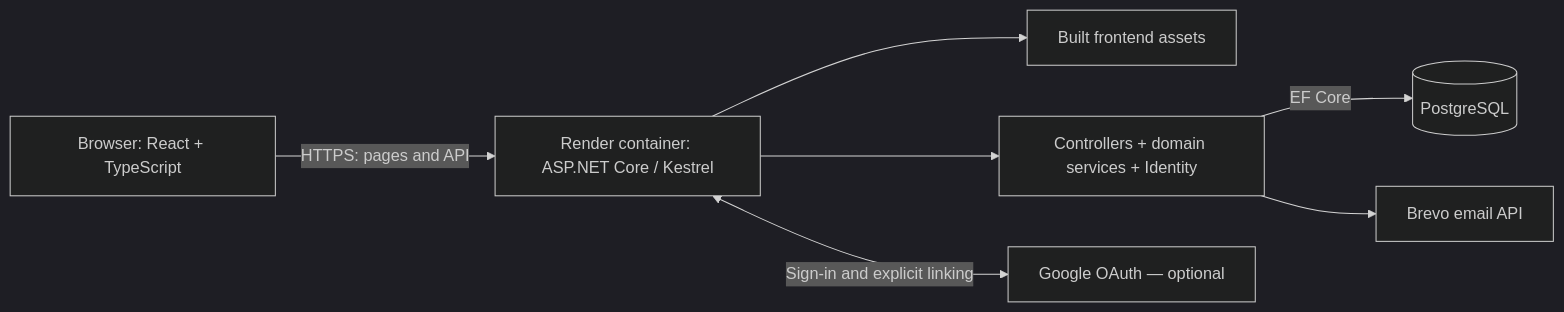
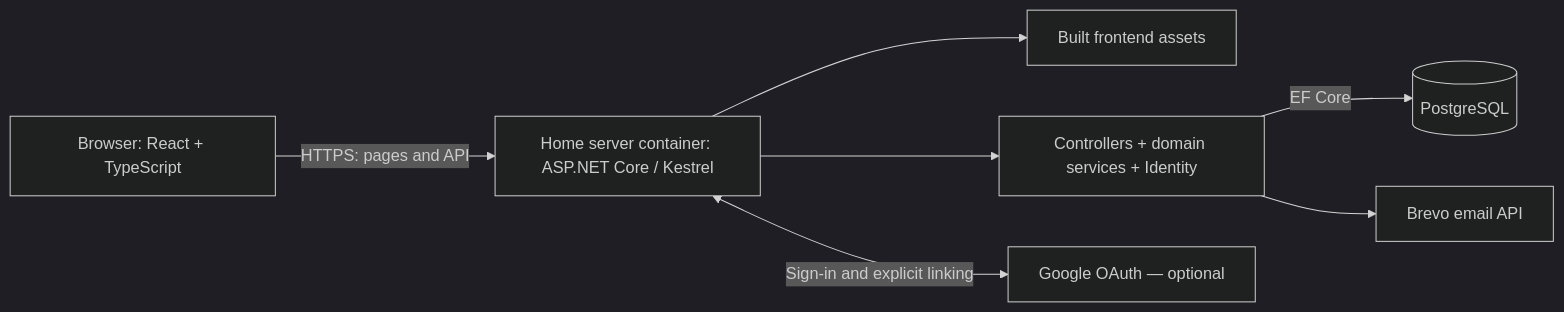
One commit to EliasOlguin/DoneToday changed the diagram in README.md. Above: the diagram before and after it, drawn with Mermaid (dark theme). The commit also changed other lines of this file and 13 other files, not shown here.

Commit message:
Update home server deployment and compatible dependencies [skip render]

````diff
--- a/README.md
+++ b/README.md
@@ -54,16 +54,16 @@
 ```mermaid
 flowchart LR
     Browser["Browser: React + TypeScript"]
-    App["Render container: ASP.NET Core / Kestrel"]
+    App["Home server container: ASP.NET Core / Kestrel"]
     Static["Built frontend assets"]
     Services["Controllers + domain services + Identity"]
     Database[("PostgreSQL")]
     Email["Brevo email API"]
     Google["Google OAuth — optional"]
     Browser -->|HTTPS: pages and API| App
     App --> Static
     App --> Services
     Services -->|EF Core| Database
     Services --> Email
     App <-->|Sign-in and explicit linking| Google
 ```
````
